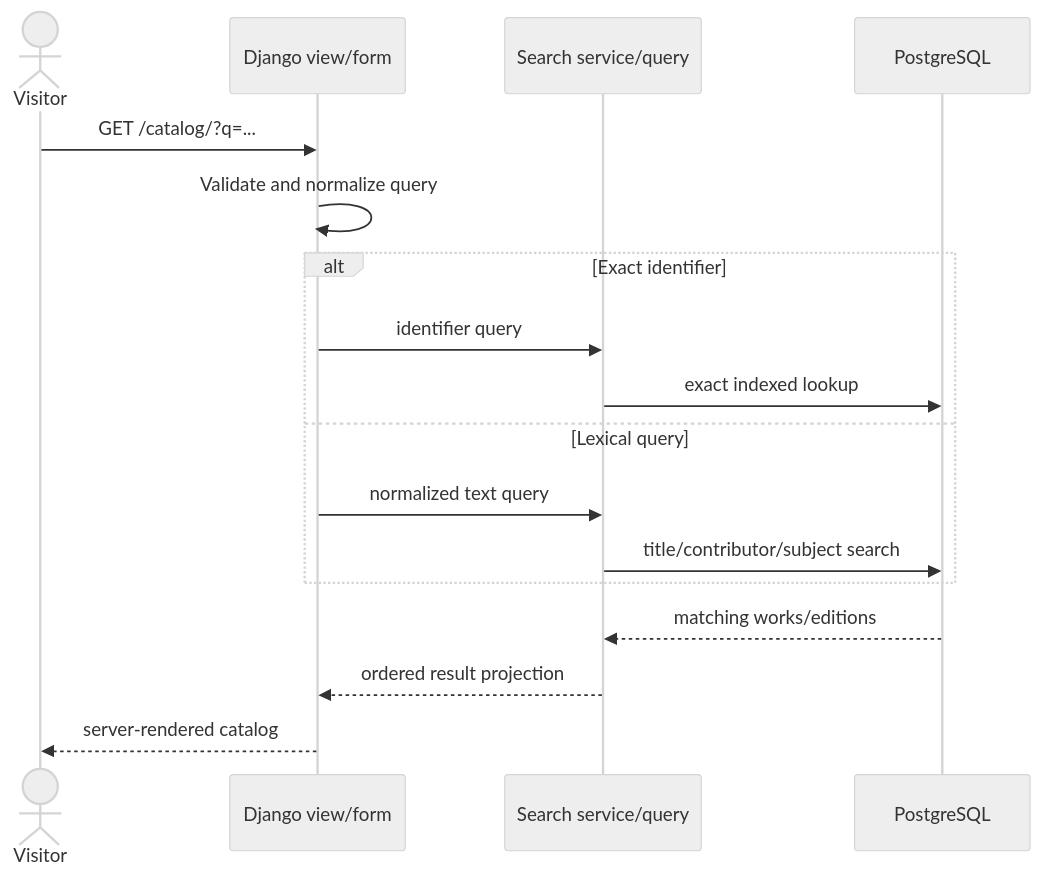
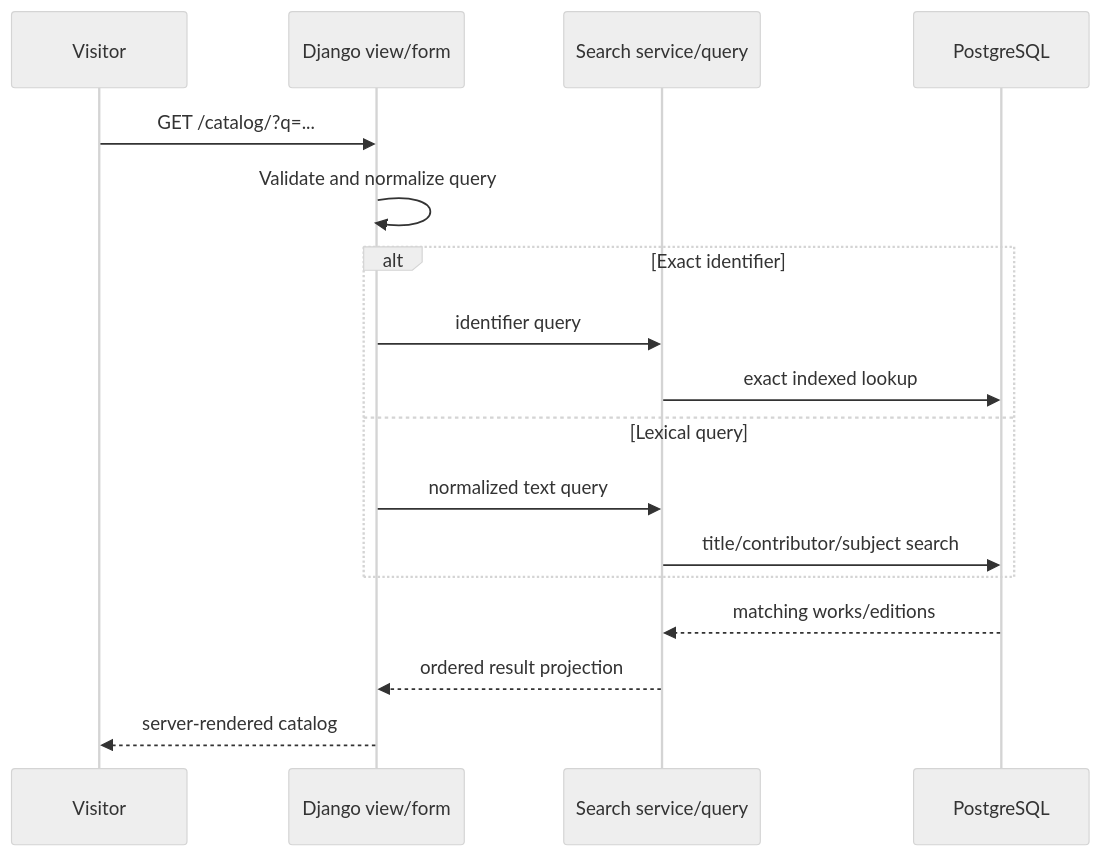
The fifth of 14 diagrams in docs/ARCHITECTURE.md (geehexx/library-ops), drawn with Mermaid (neutral theme) before and after one commit. The commit also changed other lines of this file and 3 other files, not shown here.

````diff
--- a/docs/ARCHITECTURE.md
+++ b/docs/ARCHITECTURE.md
@@ -454,20 +454,20 @@
 ```mermaid
 sequenceDiagram
-    actor Visitor
+    participant Visitor
     participant View as Django view/form
     participant Search as Search service/query
     participant DB as PostgreSQL
 
     Visitor->>View: GET /catalog/?q=...
     View->>View: Validate and normalize query
     alt Exact identifier
         View->>Search: identifier query
         Search->>DB: exact indexed lookup
     else Lexical query
         View->>Search: normalized text query
         Search->>DB: title/contributor/subject search
     end
     DB-->>Search: matching works/editions
     Search-->>View: ordered result projection
     View-->>Visitor: server-rendered catalog
 ```
````
